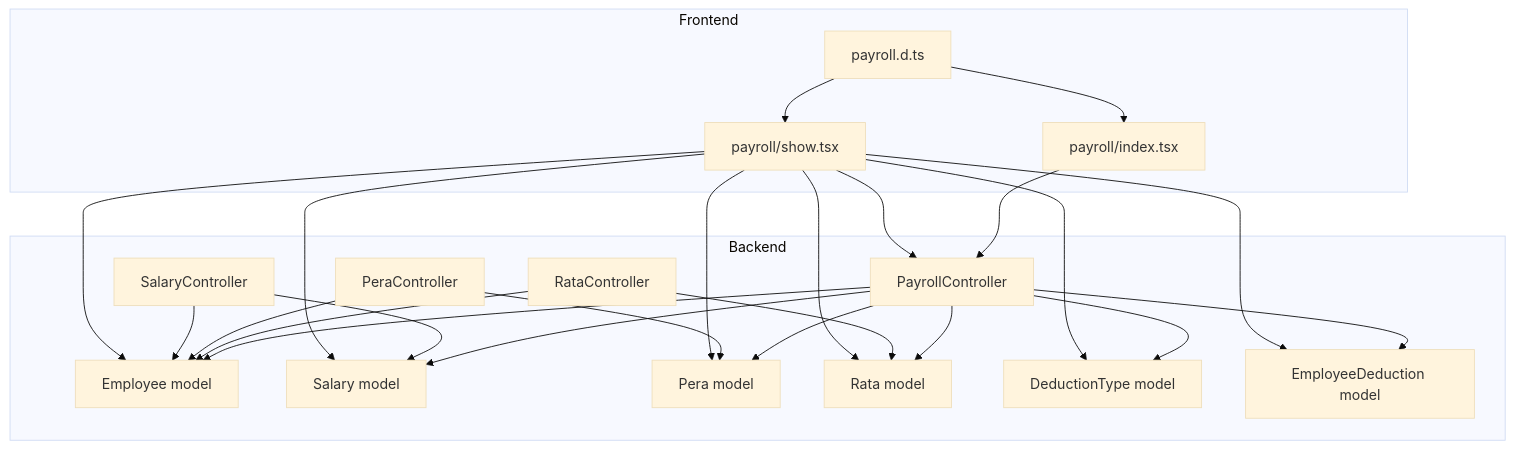
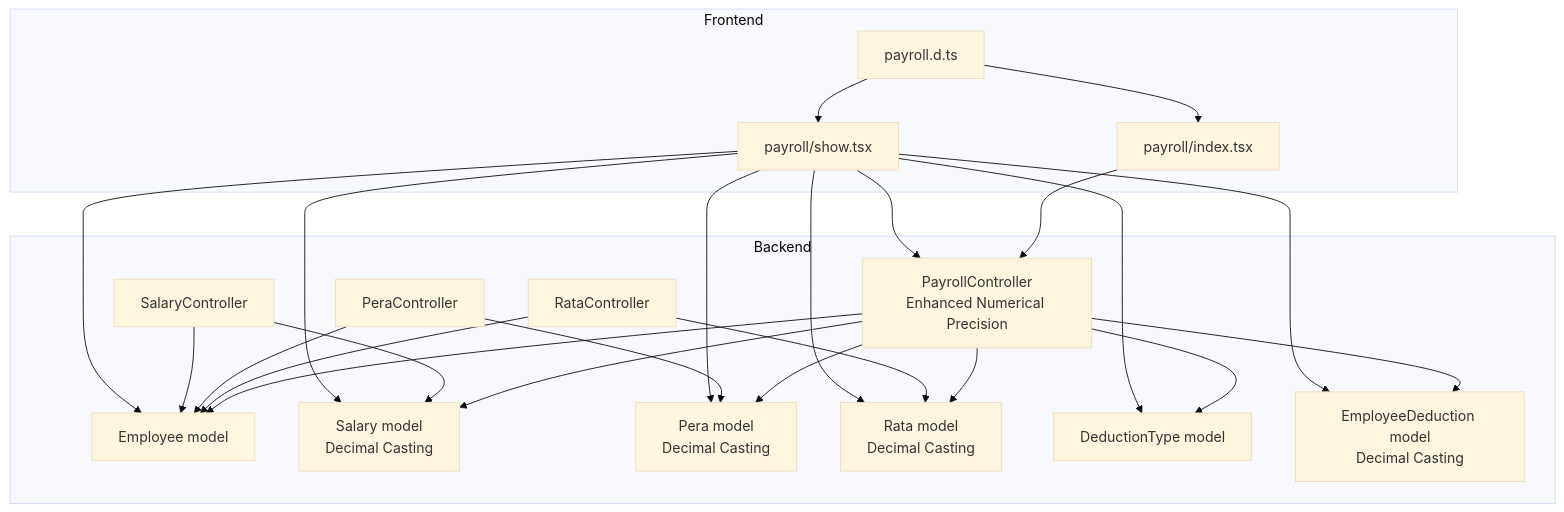
One commit to vincet0t15/template changed the first of 10 diagrams in .qoder/repowiki/en/content/Payroll System/Payroll System.md. Above: the diagram before and after it, drawn with Mermaid (base theme). The commit also changed other lines of this file and 13 other files, not shown here.

````diff
--- a/.qoder/repowiki/en/content/Payroll System/Payroll System.md
+++ b/.qoder/repowiki/en/content/Payroll System/Payroll System.md
@@ -45,42 +54,42 @@
 ```mermaid
 graph TB
 subgraph "Backend"
-PC["PayrollController"]
+PC["PayrollController<br/>Enhanced Numerical Precision"]
 RC["RataController"]
 PEC["PeraController"]
 SC["SalaryController"]
 EM["Employee model"]
-SM["Salary model"]
-PM["Pera model"]
-RM["Rata model"]
+SM["Salary model<br/>Decimal Casting"]
+PM["Pera model<br/>Decimal Casting"]
+RM["Rata model<br/>Decimal Casting"]
 DM["DeductionType model"]
-EDM["EmployeeDeduction model"]
+EDM["EmployeeDeduction model<br/>Decimal Casting"]
 end
 subgraph "Frontend"
 PI["payroll/index.tsx"]
 PS["payroll/show.tsx"]
 PT["payroll.d.ts"]
 end
 PC --> EM
 PC --> SM
 PC --> PM
 PC --> RM
 PC --> EDM
 PC --> DM
 RC --> RM
 RC --> EM
 PEC --> PM
 PEC --> EM
 SC --> SM
 SC --> EM
 PI --> PC
 PS --> PC
 PS --> EM
 PS --> SM
 PS --> PM
 PS --> RM
 PS --> EDM
 PS --> DM
 PT --> PI
 PT --> PS
 ```
````
